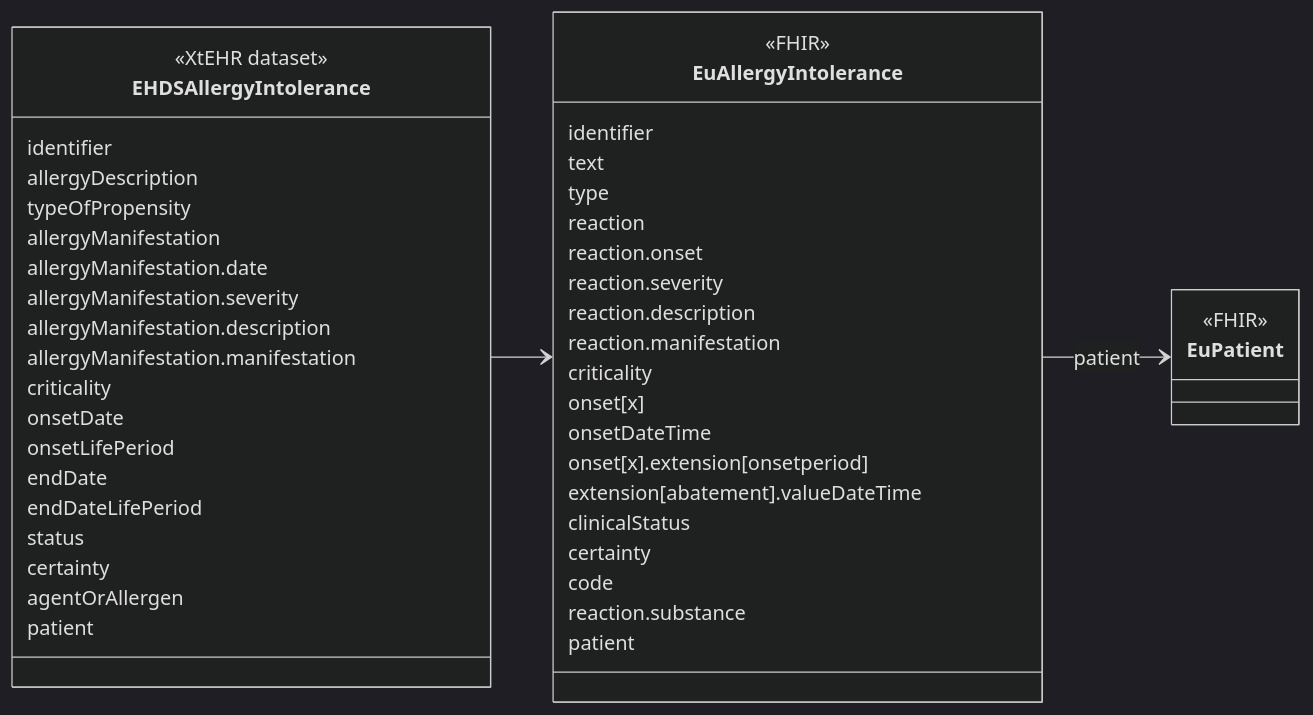
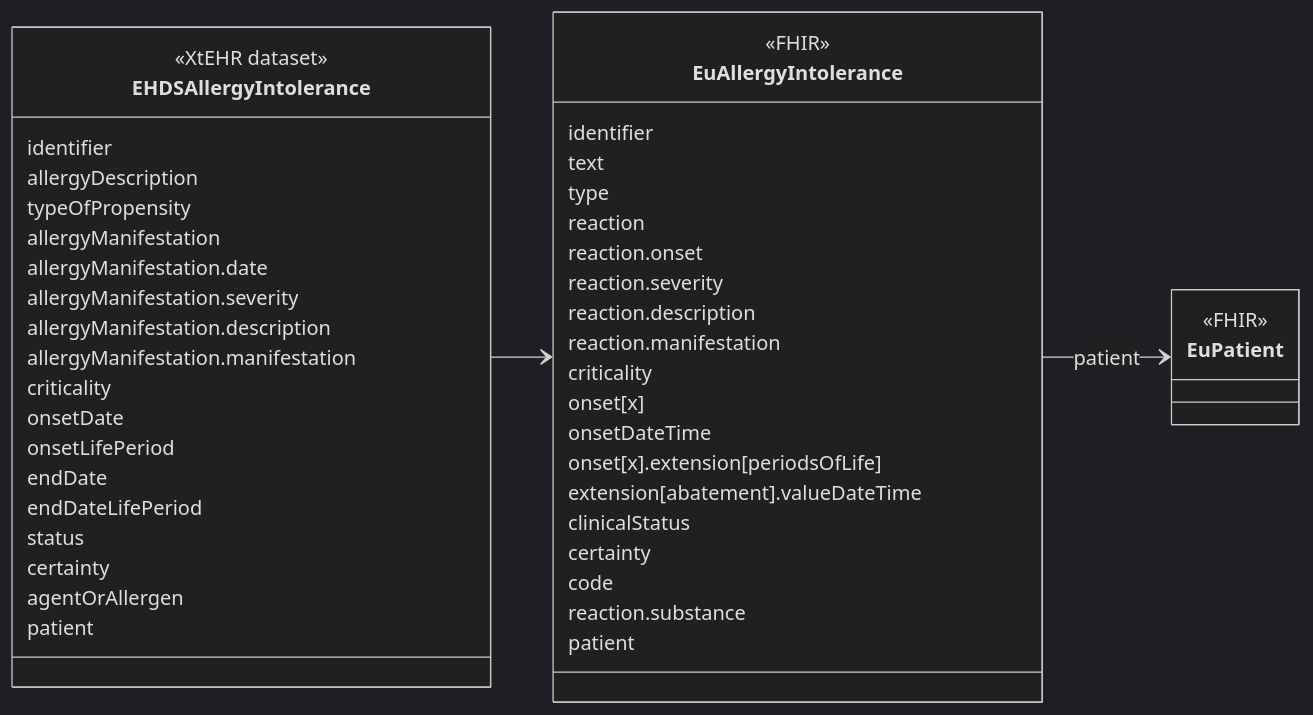
Before and after one commit to oijauregui/ehdsimaging: the diagram in input/intro-notes/ConceptMap-EHDSAllergyIntoleranceMap-intro.md, drawn with Mermaid (dark theme). The commit also changed 23 other files, not shown here.

````diff
--- a/input/intro-notes/ConceptMap-EHDSAllergyIntoleranceMap-intro.md
+++ b/input/intro-notes/ConceptMap-EHDSAllergyIntoleranceMap-intro.md
@@ -5,52 +5,52 @@
 ```mermaid
 classDiagram
 direction LR
 class EHDSAllergyIntolerance {
   <<XtEHR dataset>>
   identifier
   allergyDescription
   typeOfPropensity
   allergyManifestation
   allergyManifestation.date
   allergyManifestation.severity
   allergyManifestation.description
   allergyManifestation.manifestation
   criticality
   onsetDate
   onsetLifePeriod
   endDate
   endDateLifePeriod
   status
   certainty
   agentOrAllergen
   patient
 }
 link EHDSAllergyIntolerance "https://build.fhir.org/ig/Xt-EHR/xt-ehr-common/StructureDefinition-EHDSAllergyIntolerance.html"
 class EuAllergyIntolerance{
   <<FHIR>>
   identifier
   text
   type
   reaction
   reaction.onset
   reaction.severity
   reaction.description
   reaction.manifestation
   criticality
   onset[x]
   onsetDateTime
-  onset[x].extension[onsetperiod]
+  onset[x].extension[periodsOfLife]
   extension[abatement].valueDateTime
   clinicalStatus
   certainty
   code
   reaction.substance
   patient
 }
 
 class EuPatient {
   <<FHIR>>
 }
 EHDSAllergyIntolerance --> EuAllergyIntolerance
 EuAllergyIntolerance --> EuPatient : patient
 ```
````
